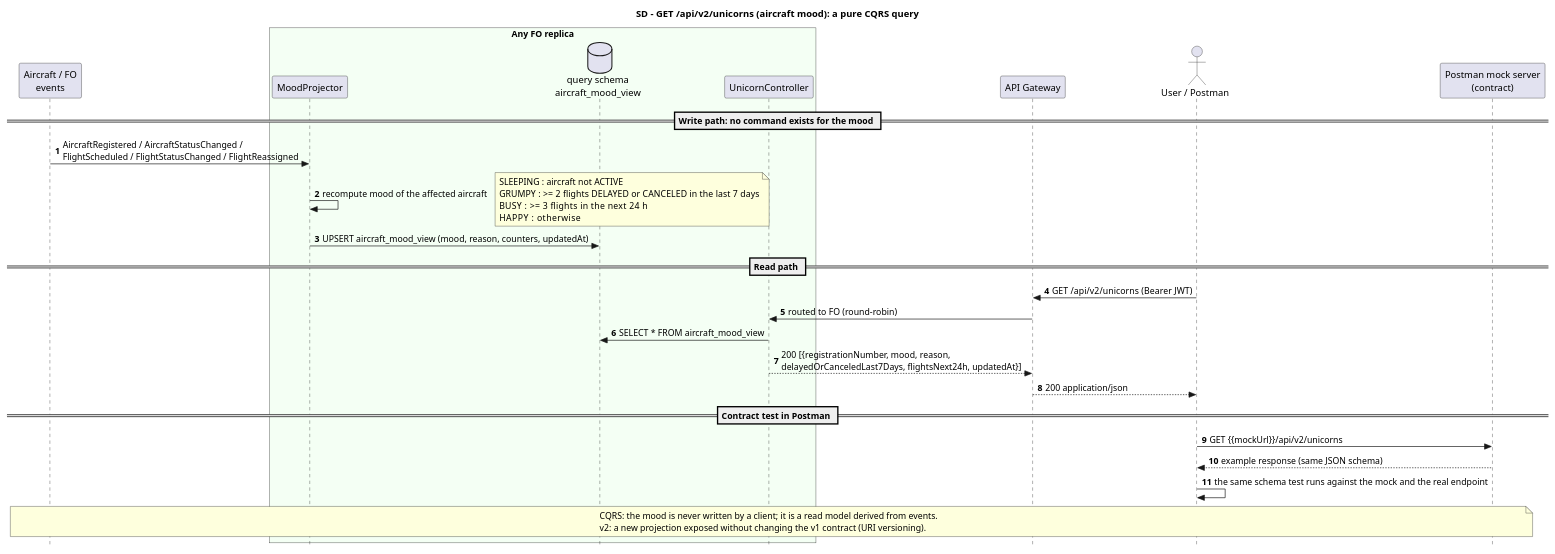
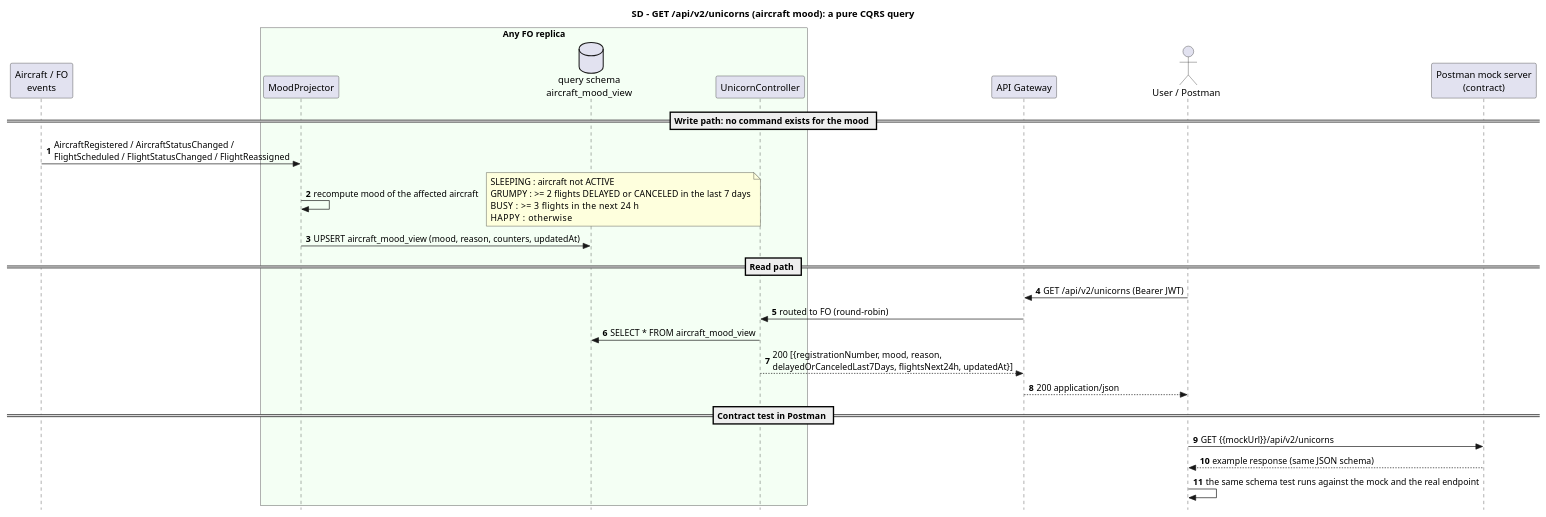
Before and after one commit to anamartasilvaa/SIDIG_AI_Safe: the diagram in Services/Flighting Operations/docs/sd-unicorns.puml, drawn with PlantUML. The commit also changed 19 other files, not shown here.

```diff
--- a/Services/Flighting Operations/docs/sd-unicorns.puml
+++ b/Services/Flighting Operations/docs/sd-unicorns.puml
@@ -1,43 +1,39 @@
 @startuml sd-unicorns
 skinparam style strictuml
 autonumber
 title SD - GET /api/v2/unicorns (aircraft mood): a pure CQRS query
 
 participant "Aircraft / FO\nevents" as EV
 box "Any FO replica" #F4FFF4
 participant "MoodProjector" as MP
 database "query schema\naircraft_mood_view" as DB
 participant "UnicornController" as UC
 end box
 participant "API Gateway" as GW
 actor "User / Postman" as U
 participant "Postman mock server\n(contract)" as Mock
 
 == Write path: no command exists for the mood ==
 EV -> MP : AircraftRegistered / AircraftStatusChanged /\nFlightScheduled / FlightStatusChanged / FlightReassigned
 MP -> MP : recompute mood of the affected aircraft
 note right
   SLEEPING : aircraft not ACTIVE
   GRUMPY   : >= 2 flights DELAYED or CANCELED in the last 7 days
   BUSY     : >= 3 flights in the next 24 h
   HAPPY    : otherwise
 end note
 MP -> DB : UPSERT aircraft_mood_view (mood, reason, counters, updatedAt)
 
 == Read path ==
 U -> GW : GET /api/v2/unicorns  (Bearer JWT)
 GW -> UC : routed to FO (round-robin)
 UC -> DB : SELECT * FROM aircraft_mood_view
 UC --> GW : 200 [{registrationNumber, mood, reason,\ndelayedOrCanceledLast7Days, flightsNext24h, updatedAt}]
 GW --> U : 200 application/json
 
 == Contract test in Postman ==
 U -> Mock : GET {{mockUrl}}/api/v2/unicorns
 Mock --> U : example response (same JSON schema)
 U -> U : the same schema test runs against the mock and the real endpoint
 
-note over EV, Mock
-  CQRS: the mood is never written by a client; it is a read model derived from events.
-  v2: a new projection exposed without changing the v1 contract (URI versioning).
-end note
 @enduml
```
